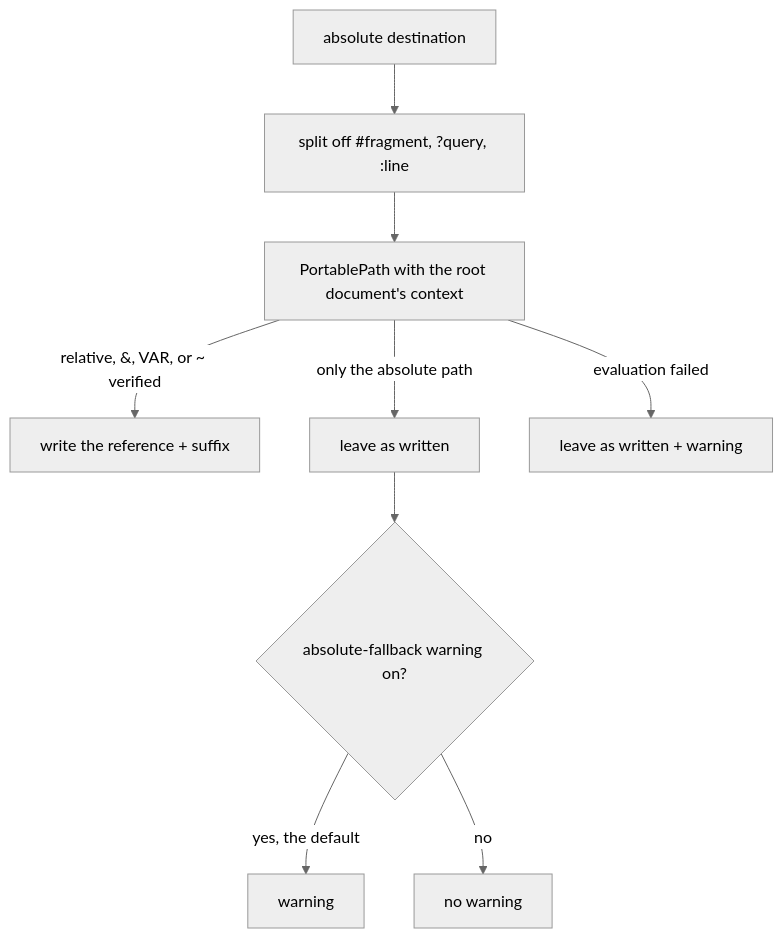
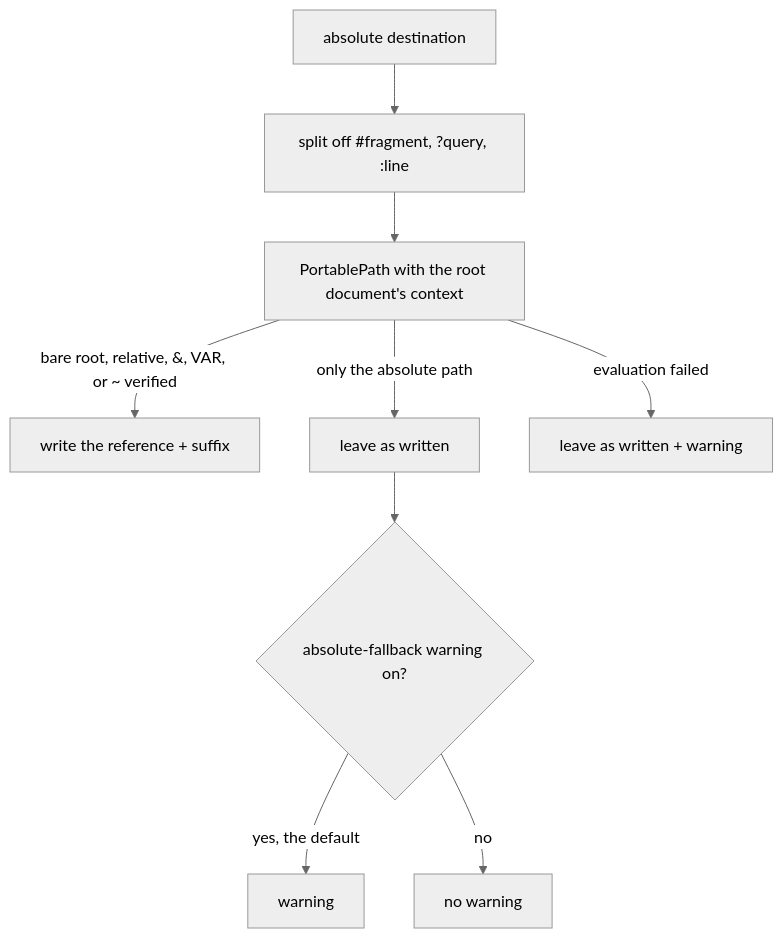
One commit to yankeeinlondon/rusty-biscuit changed the diagram in darkmatter/docs/inline/link-normalization.md. Above: the diagram before and after it, drawn with Mermaid (neutral theme). The commit also changed other lines of this file and 15 other files, not shown here.

````diff
--- a/darkmatter/docs/inline/link-normalization.md
+++ b/darkmatter/docs/inline/link-normalization.md
@@ -47,11 +51,11 @@
 ```mermaid
 flowchart TD
     A[absolute destination] --> B[split off #fragment, ?query, :line]
     B --> C[PortablePath with the root document's context]
-    C -->|relative, &, VAR, or ~ verified| D[write the reference + suffix]
+    C -->|bare root, relative, &, VAR, or ~ verified| D[write the reference + suffix]
     C -->|only the absolute path| E[leave as written]
     E --> W{absolute-fallback warning on?}
     W -->|yes, the default| G[warning]
     W -->|no| F[no warning]
     C -->|evaluation failed| H[leave as written + warning]
 ```
````
